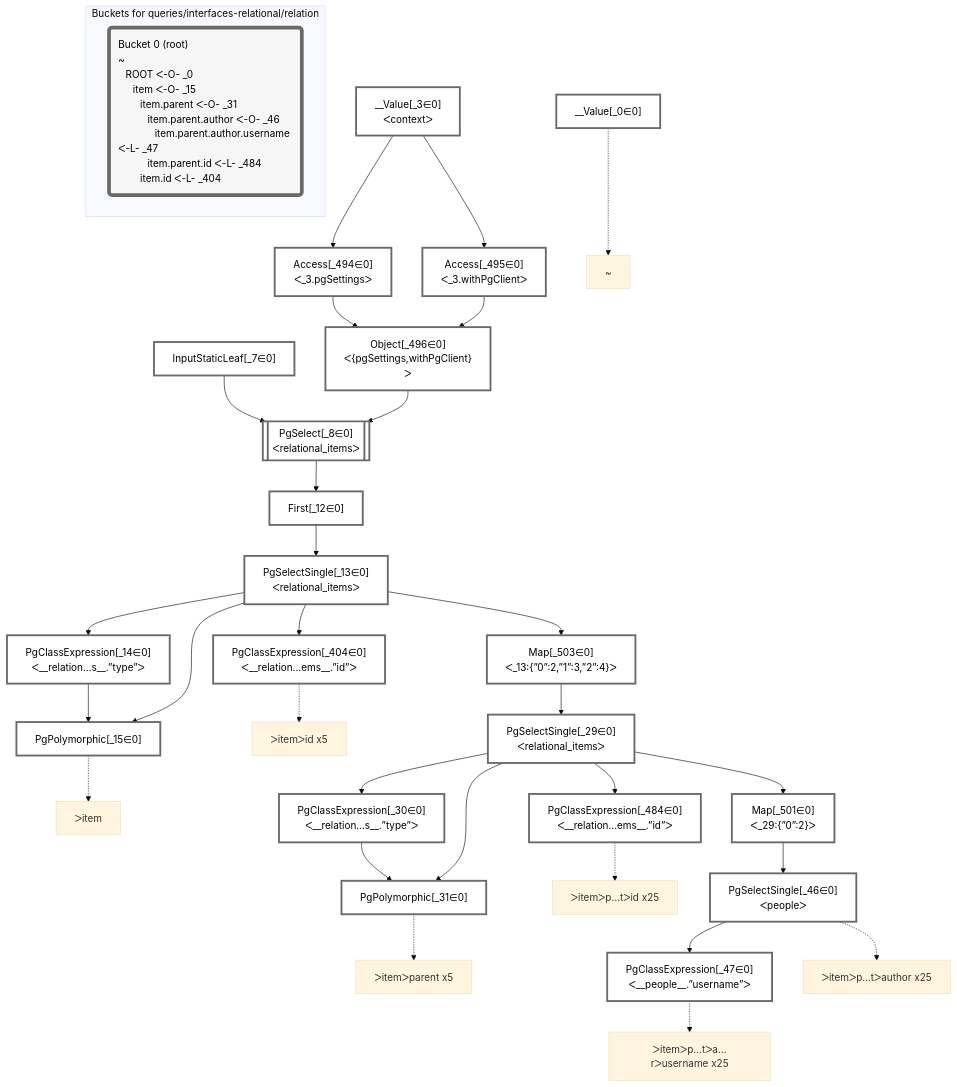
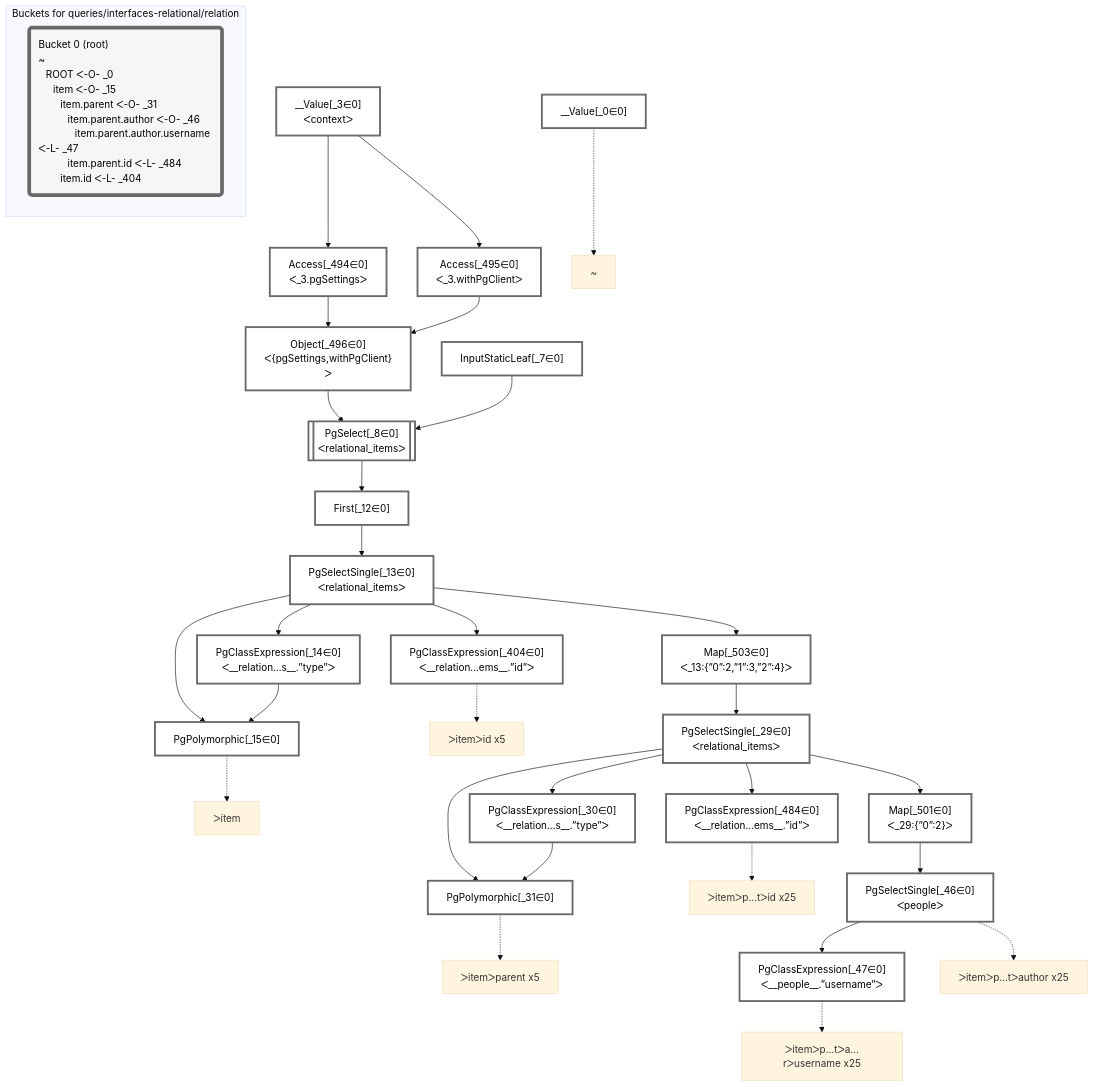
The diagram in packages/dataplan-pg/__tests__/queries/interfaces-relational/relation.mermaid.md (graphile/crystal), drawn with Mermaid (base theme) before and after one commit. The commit also changed other lines of this file and 195 other files, not shown here.

````diff
--- a/packages/dataplan-pg/__tests__/queries/interfaces-relational/relation.mermaid.md
+++ b/packages/dataplan-pg/__tests__/queries/interfaces-relational/relation.mermaid.md
@@ -1,72 +1,72 @@
 ```mermaid
 graph TD
     classDef path fill:#eee,stroke:#000,color:#000
     classDef plan fill:#fff,stroke-width:3px,color:#000
     classDef itemplan fill:#fff,stroke-width:6px,color:#000
     classDef sideeffectplan fill:#f00,stroke-width:6px,color:#000
     classDef bucket fill:#f6f6f6,color:#000,stroke-width:6px,text-align:left
 
 
     %% define plans
     __Value_0["__Value[_0∈0]"]:::plan
+    PgPolymorphic_15["PgPolymorphic[_15∈0]"]:::plan
+    PgClassExpression_14["PgClassExpression[_14∈0]<br />ᐸ__relation...s__.”type”ᐳ"]:::plan
+    PgClassExpression_404["PgClassExpression[_404∈0]<br />ᐸ__relation...ems__.”id”ᐳ"]:::plan
+    PgPolymorphic_31["PgPolymorphic[_31∈0]"]:::plan
+    PgClassExpression_30["PgClassExpression[_30∈0]<br />ᐸ__relation...s__.”type”ᐳ"]:::plan
+    PgClassExpression_484["PgClassExpression[_484∈0]<br />ᐸ__relation...ems__.”id”ᐳ"]:::plan
+    PgClassExpression_47["PgClassExpression[_47∈0]<br />ᐸ__people__.”username”ᐳ"]:::plan
+    PgSelectSingle_46["PgSelectSingle[_46∈0]<br />ᐸpeopleᐳ"]:::plan
+    Map_501["Map[_501∈0]<br />ᐸ_29:{”0”:2}ᐳ"]:::plan
+    PgSelectSingle_29["PgSelectSingle[_29∈0]<br />ᐸrelational_itemsᐳ"]:::plan
+    Map_503["Map[_503∈0]<br />ᐸ_13:{”0”:2,”1”:3,”2”:4}ᐳ"]:::plan
+    PgSelectSingle_13["PgSelectSingle[_13∈0]<br />ᐸrelational_itemsᐳ"]:::plan
+    First_12["First[_12∈0]"]:::plan
+    PgSelect_8[["PgSelect[_8∈0]<br />ᐸrelational_itemsᐳ"]]:::plan
+    Object_496["Object[_496∈0]<br />ᐸ{pgSettings,withPgClient}ᐳ"]:::plan
+    Access_494["Access[_494∈0]<br />ᐸ_3.pgSettingsᐳ"]:::plan
+    Access_495["Access[_495∈0]<br />ᐸ_3.withPgClientᐳ"]:::plan
     __Value_3["__Value[_3∈0]<br />ᐸcontextᐳ"]:::plan
     InputStaticLeaf_7["InputStaticLeaf[_7∈0]"]:::plan
-    PgSelect_8[["PgSelect[_8∈0]<br />ᐸrelational_itemsᐳ"]]:::plan
-    First_12["First[_12∈0]"]:::plan
-    PgSelectSingle_13["PgSelectSingle[_13∈0]<br />ᐸrelational_itemsᐳ"]:::plan
-    PgClassExpression_14["PgClassExpression[_14∈0]<br />ᐸ__relation...s__.”type”ᐳ"]:::plan
-    PgPolymorphic_15["PgPolymorphic[_15∈0]"]:::plan
-    PgSelectSingle_29["PgSelectSingle[_29∈0]<br />ᐸrelational_itemsᐳ"]:::plan
-    PgClassExpression_30["PgClassExpression[_30∈0]<br />ᐸ__relation...s__.”type”ᐳ"]:::plan
-    PgPolymorphic_31["PgPolymorphic[_31∈0]"]:::plan
-    PgSelectSingle_46["PgSelectSingle[_46∈0]<br />ᐸpeopleᐳ"]:::plan
-    PgClassExpression_47["PgClassExpression[_47∈0]<br />ᐸ__people__.”username”ᐳ"]:::plan
-    PgClassExpression_404["PgClassExpression[_404∈0]<br />ᐸ__relation...ems__.”id”ᐳ"]:::plan
-    PgClassExpression_484["PgClassExpression[_484∈0]<br />ᐸ__relation...ems__.”id”ᐳ"]:::plan
-    Access_494["Access[_494∈0]<br />ᐸ_3.pgSettingsᐳ"]:::plan
-    Access_495["Access[_495∈0]<br />ᐸ_3.withPgClientᐳ"]:::plan
-    Object_496["Object[_496∈0]<br />ᐸ{pgSettings,withPgClient}ᐳ"]:::plan
-    Map_501["Map[_501∈0]<br />ᐸ_29:{”0”:2}ᐳ"]:::plan
-    Map_503["Map[_503∈0]<br />ᐸ_13:{”0”:2,”1”:3,”2”:4}ᐳ"]:::plan
 
     %% plan dependencies
+    PgSelectSingle_13 & PgClassExpression_14 --> PgPolymorphic_15
+    PgSelectSingle_13 --> PgClassExpression_14
+    PgSelectSingle_13 --> PgClassExpression_404
+    PgSelectSingle_29 & PgClassExpression_30 --> PgPolymorphic_31
+    PgSelectSingle_29 --> PgClassExpression_30
+    PgSelectSingle_29 --> PgClassExpression_484
+    PgSelectSingle_46 --> PgClassExpression_47
+    Map_501 --> PgSelectSingle_46
+    PgSelectSingle_29 --> Map_501
+    Map_503 --> PgSelectSingle_29
+    PgSelectSingle_13 --> Map_503
+    First_12 --> PgSelectSingle_13
+    PgSelect_8 --> First_12
     Object_496 & InputStaticLeaf_7 --> PgSelect_8
-    PgSelect_8 --> First_12
-    First_12 --> PgSelectSingle_13
-    PgSelectSingle_13 --> PgClassExpression_14
-    PgSelectSingle_13 & PgClassExpression_14 --> PgPolymorphic_15
-    Map_503 --> PgSelectSingle_29
-    PgSelectSingle_29 --> PgClassExpression_30
-    PgSelectSingle_29 & PgClassExpression_30 --> PgPolymorphic_31
-    Map_501 --> PgSelectSingle_46
-    PgSelectSingle_46 --> PgClassExpression_47
-    PgSelectSingle_13 --> PgClassExpression_404
-    PgSelectSingle_29 --> PgClassExpression_484
+    Access_494 & Access_495 --> Object_496
     __Value_3 --> Access_494
     __Value_3 --> Access_495
-    Access_494 & Access_495 --> Object_496
-    PgSelectSingle_29 --> Map_501
-    PgSelectSingle_13 --> Map_503
 
     %% plan-to-path relationships
     P_0["~"]
     __Value_0 -.-> P_0
     P_15["ᐳitem"]
     PgPolymorphic_15 -.-> P_15
     P_31["ᐳitemᐳparent x5"]
     PgPolymorphic_31 -.-> P_31
     P_46["ᐳitemᐳp…tᐳauthor x25"]
     PgSelectSingle_46 -.-> P_46
     P_47["ᐳitemᐳp…tᐳa…rᐳusername x25"]
     PgClassExpression_47 -.-> P_47
     P_404["ᐳitemᐳid x5"]
     PgClassExpression_404 -.-> P_404
     P_484["ᐳitemᐳp…tᐳid x25"]
     PgClassExpression_484 -.-> P_484
 
     subgraph "Buckets for queries/interfaces-relational/relation"
     Bucket0("Bucket 0 (root)<br />~<br />⠀ROOT ᐸ-O- _0<br />⠀⠀item ᐸ-O- _15<br />⠀⠀⠀item.parent ᐸ-O- _31<br />⠀⠀⠀⠀item.parent.author ᐸ-O- _46<br />⠀⠀⠀⠀⠀item.parent.author.username ᐸ-L- _47<br />⠀⠀⠀⠀item.parent.id ᐸ-L- _484<br />⠀⠀⠀item.id ᐸ-L- _404"):::bucket
     classDef bucket0 stroke:#696969
     class Bucket0,__Value_0,__Value_3,InputStaticLeaf_7,PgSelect_8,First_12,PgSelectSingle_13,PgClassExpression_14,PgPolymorphic_15,PgSelectSingle_29,PgClassExpression_30,PgPolymorphic_31,PgSelectSingle_46,PgClassExpression_47,PgClassExpression_404,PgClassExpression_484,Access_494,Access_495,Object_496,Map_501,Map_503 bucket0
     end
 ```
````
